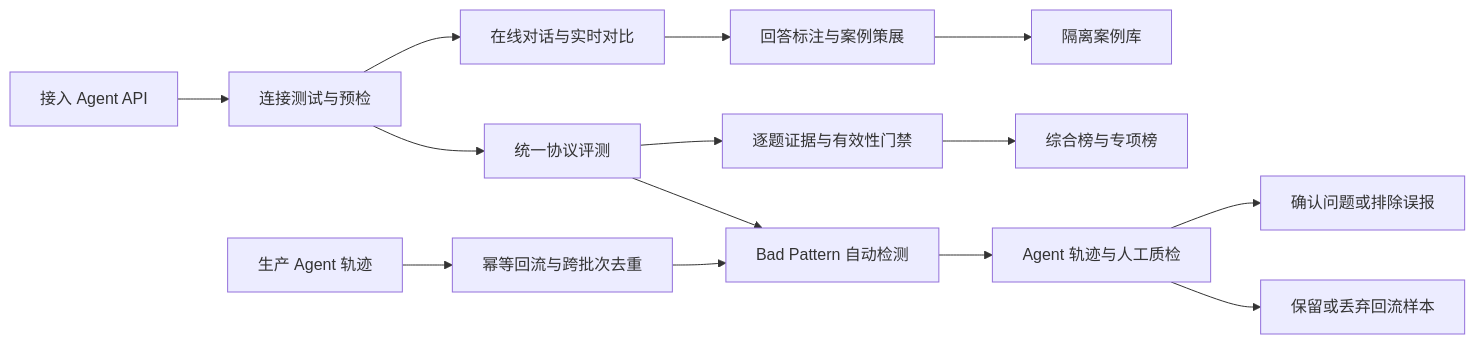
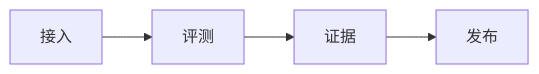
Before and after one commit to whitejettglenndesmond610-alt/Agent-Bench: the diagram in README.md, drawn with Mermaid. The commit also changed other lines of this file, not shown here.

````diff
--- a/README.md
+++ b/README.md
@@ -47,16 +34,6 @@
 ```mermaid
 flowchart LR
-    A[接入 Agent API] --> B[连接测试与预检]
-    B --> C[在线对话与实时对比]
-    B --> D[统一协议评测]
-    D --> E[逐题证据与有效性门禁]
-    E --> F[综合榜与专项榜]
-    D --> I[Bad Pattern 自动检测]
-    I --> J[Agent 轨迹与人工质检]
-    J --> K[确认问题或排除误报]
-    L[生产 Agent 轨迹] --> M[幂等回流与跨批次去重]
-    M --> I
-    J --> N[保留或丢弃回流样本]
-    C --> G[回答标注与案例策展]
-    G --> H[隔离案例库]
+    A[接入] --> B[评测]
+    B --> C[证据]
+    C --> D[发布]
 ```
````
